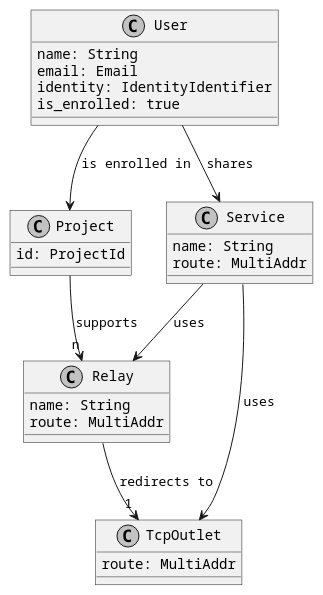
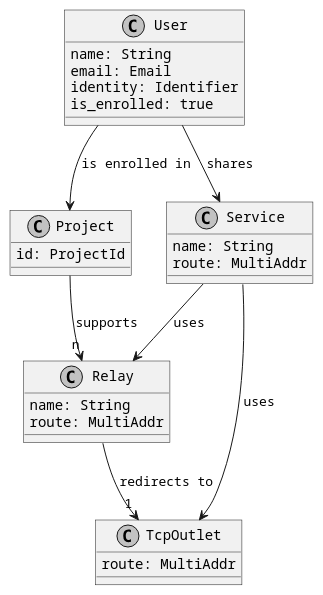
The diagram in documentation/architecture/desktop_application/diagrams/share.puml (build-trust/ockam), drawn with PlantUML before and after one commit. The commit also changed 8 other files, not shown here.

First line of the commit message:
refactor(rust): replace identity identifier with identity

```diff
--- a/documentation/architecture/desktop_application/diagrams/share.puml
+++ b/documentation/architecture/desktop_application/diagrams/share.puml
@@ -1,39 +1,39 @@
 @startuml
 skinparam monochrome true
 skinparam defaultFontName Courier
 skinparam roundCorner 0
 skinparam wrapWidth 400
 
 class Project {
   id: ProjectId
 }
 
 class User {
   name: String
   email: Email
-  identity: IdentityIdentifier
+  identity: Identifier
   is_enrolled: true
 }
 
 class Service {
   name: String
   route: MultiAddr
 }
 
 Service --> Relay: uses
 Service --> TcpOutlet: uses
 User --> Service: shares
 User --> Project: is enrolled in
 
 class Relay {
   name: String
   route: MultiAddr
 }
 
 class TcpOutlet {
   route: MultiAddr
 }
 
 Project --> "n" Relay: supports
 Relay --> "1" TcpOutlet: redirects to
 @enduml
```
